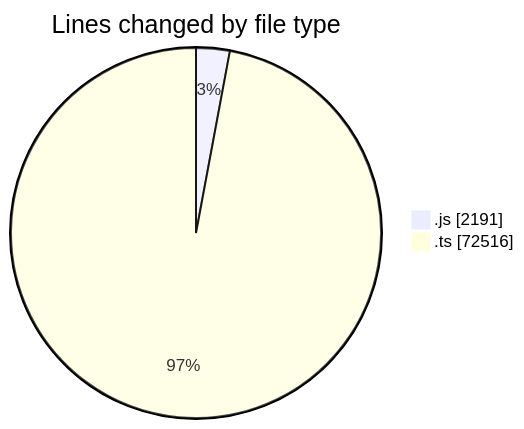
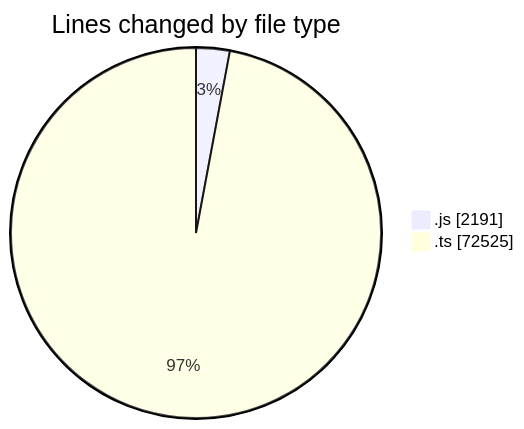
One commit to momahboobian/code-tracking changed the first of 2 diagrams in 2025-06-19/cda/README.md. Above: the diagram before and after it, drawn with Mermaid. The commit also changed other lines of this file and 1 other file, not shown here.

````diff
--- a/2025-06-19/cda/README.md
+++ b/2025-06-19/cda/README.md
@@ -40,6 +40,6 @@
 ```mermaid
 pie showData
 title Lines changed by file type
 ".js" : 2191
-".ts" : 72516
+".ts" : 72525
 ```
````
